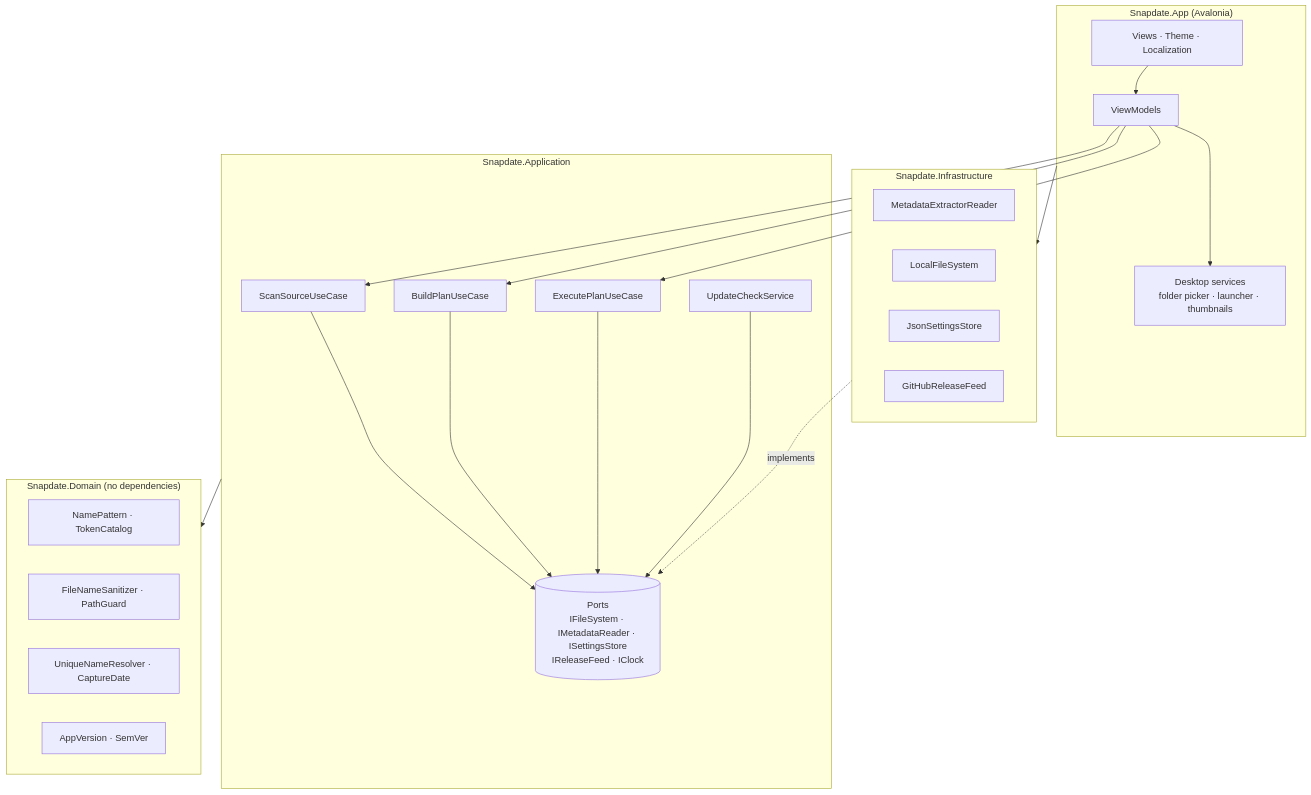
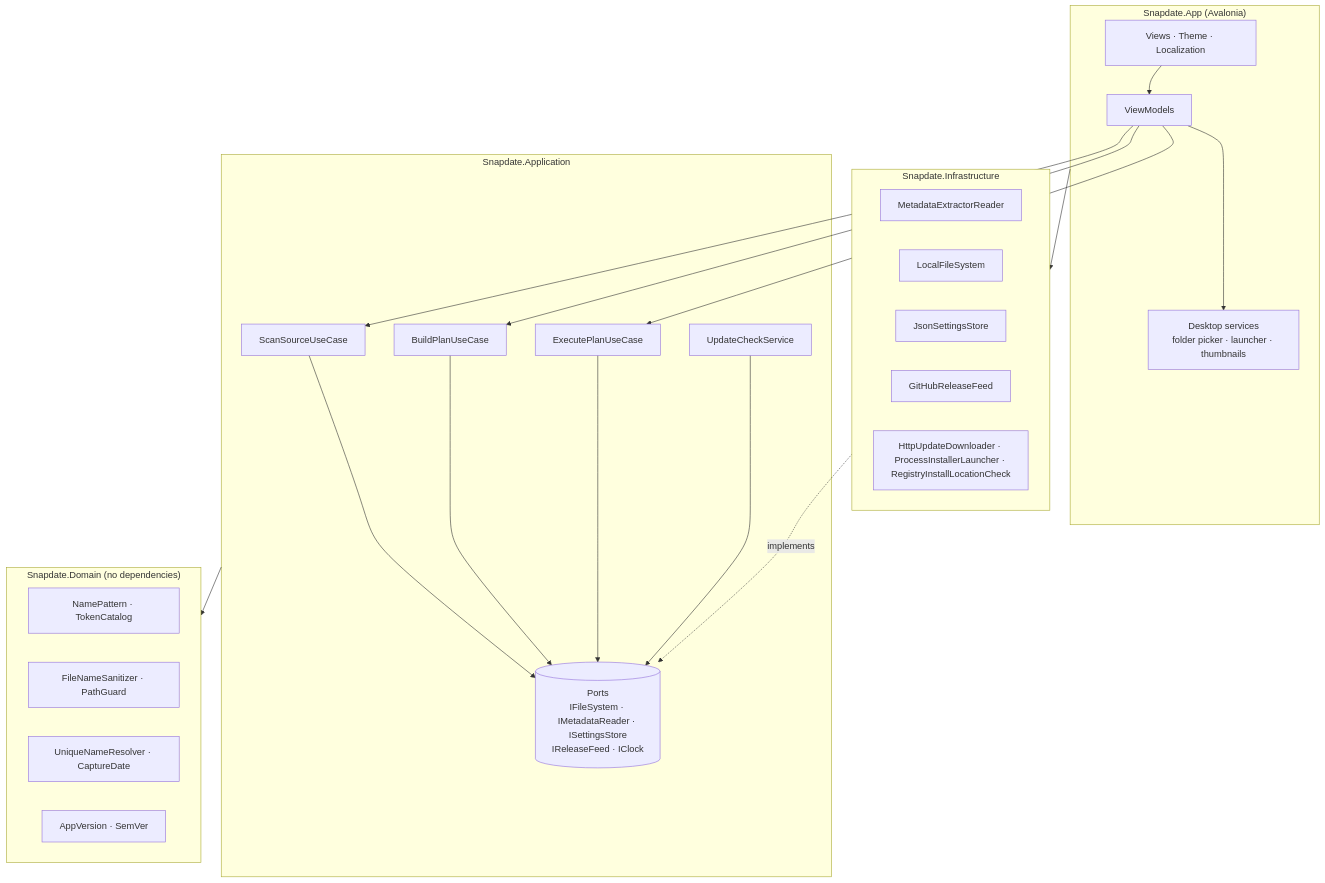
Before and after one commit to jannikjordan/snapdate: the first of 2 diagrams in docs/architecture.md, drawn with Mermaid. The commit also changed other lines of this file and 26 other files, not shown here.

````diff
--- a/docs/architecture.md
+++ b/docs/architecture.md
@@ -7,29 +7,30 @@
 ```mermaid
 flowchart TB
     subgraph App["Snapdate.App (Avalonia)"]
         V[Views · Theme · Localization] --> VM[ViewModels]
         VM --> S[Desktop services<br/>folder picker · launcher · thumbnails]
     end
     subgraph Application["Snapdate.Application"]
         UC1[ScanSourceUseCase] --> P[(Ports<br/>IFileSystem · IMetadataReader · ISettingsStore<br/>IReleaseFeed · IClock)]
         UC2[BuildPlanUseCase] --> P
         UC3[ExecutePlanUseCase] --> P
         UC4[UpdateCheckService] --> P
     end
     subgraph Domain["Snapdate.Domain (no dependencies)"]
         D1[NamePattern · TokenCatalog]
         D2[FileNameSanitizer · PathGuard]
         D3[UniqueNameResolver · CaptureDate]
         D4[AppVersion · SemVer]
     end
     subgraph Infra["Snapdate.Infrastructure"]
         I1[MetadataExtractorReader]
         I2[LocalFileSystem]
         I3[JsonSettingsStore]
         I4[GitHubReleaseFeed]
+        I5[HttpUpdateDownloader · ProcessInstallerLauncher · RegistryInstallLocationCheck]
     end
     VM --> UC1 & UC2 & UC3
     Application --> Domain
     Infra -. implements .-> P
     App --> Infra
 ```
````
